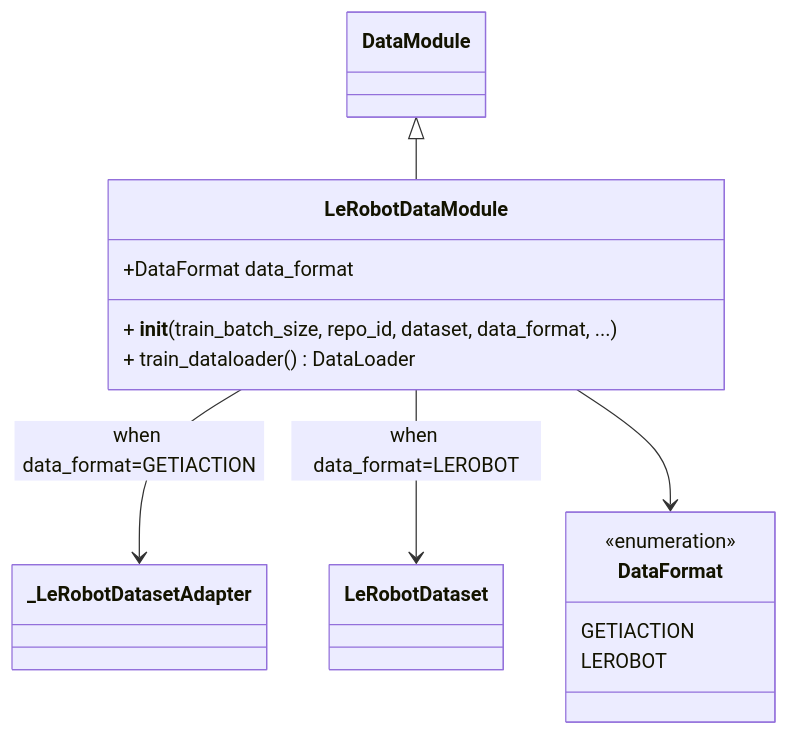
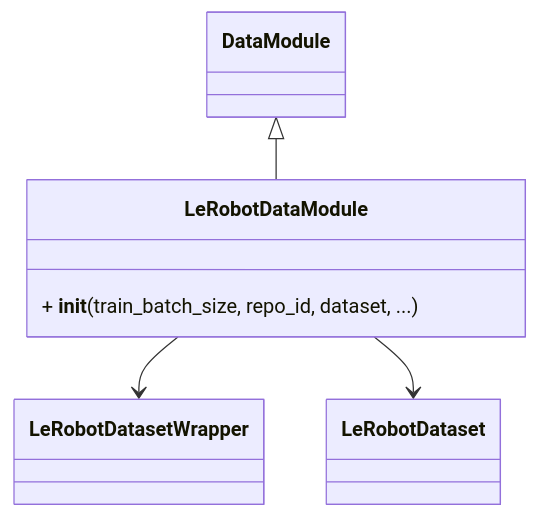
One commit to open-edge-platform/physical-ai-studio changed the second of 2 diagrams in library/docs/design/data/lerobot.md. Above: the diagram before and after it, drawn with Mermaid. The commit also changed other lines of this file, not shown here.

Commit message:
docs(lerobot): simplify and restructure documentation for LeRobot integration

````diff
--- a/library/docs/design/data/lerobot.md
+++ b/library/docs/design/data/lerobot.md
@@ -139,22 +56,14 @@
 ```mermaid
 classDiagram
     class DataModule
-    class _LeRobotDatasetAdapter
+    class LeRobotDatasetWrapper
     class LeRobotDataset
-    class DataFormat {
-        <<enumeration>>
-        GETIACTION
-        LEROBOT
-    }
 
     class LeRobotDataModule {
-        +DataFormat data_format
-        + __init__(train_batch_size, repo_id, dataset, data_format, ...)
-        + train_dataloader() DataLoader
+        + __init__(train_batch_size, repo_id, dataset, ...)
     }
 
     DataModule <|-- LeRobotDataModule
-    LeRobotDataModule --> _LeRobotDatasetAdapter: when data_format=GETIACTION
-    LeRobotDataModule --> LeRobotDataset: when data_format=LEROBOT
-    LeRobotDataModule --> DataFormat
+    LeRobotDataModule --> LeRobotDatasetWrapper
+    LeRobotDataModule --> LeRobotDataset
 ```
````
